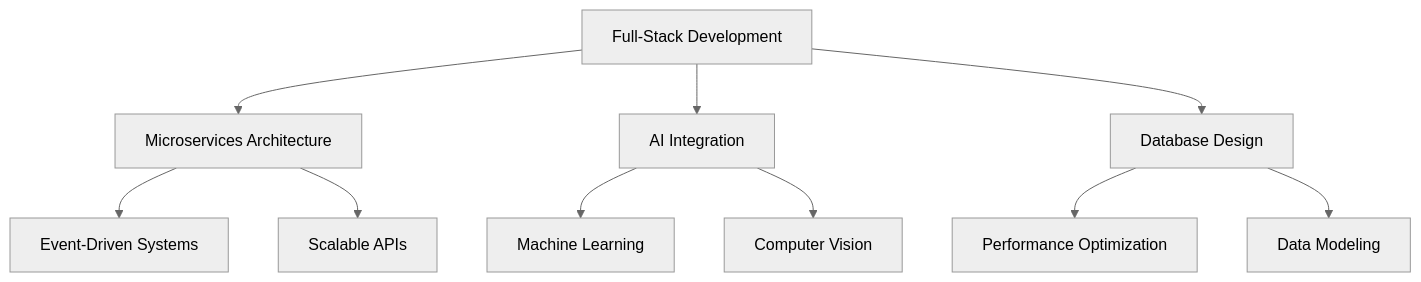
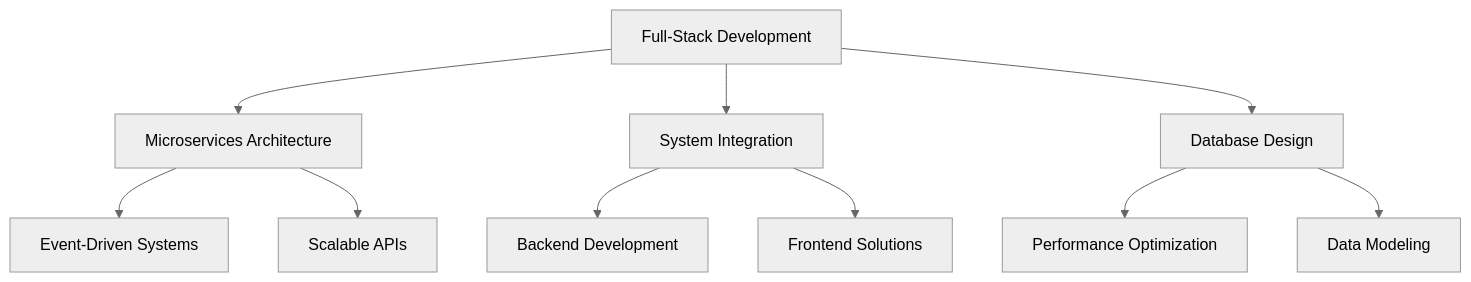
One commit to ThejithaR/ThejithaR changed the diagram in README.md. Above: the diagram before and after it, drawn with Mermaid (neutral theme). The commit also changed other lines of this file, not shown here.

Commit message:
some small changes total commit count

````diff
--- a/README.md
+++ b/README.md
@@ -191,12 +191,12 @@
 ```mermaid
 graph TB
     A[Full-Stack Development] --> B[Microservices Architecture]
-    A --> C[AI Integration]
+    A --> C[System Integration]
     A --> D[Database Design]
     B --> E[Event-Driven Systems]
     B --> F[Scalable APIs]
-    C --> G[Machine Learning]
-    C --> H[Computer Vision]
+    C --> G[Backend Development]
+    C --> H[Frontend Solutions]
     D --> I[Performance Optimization]
     D --> J[Data Modeling]
 ```
````
